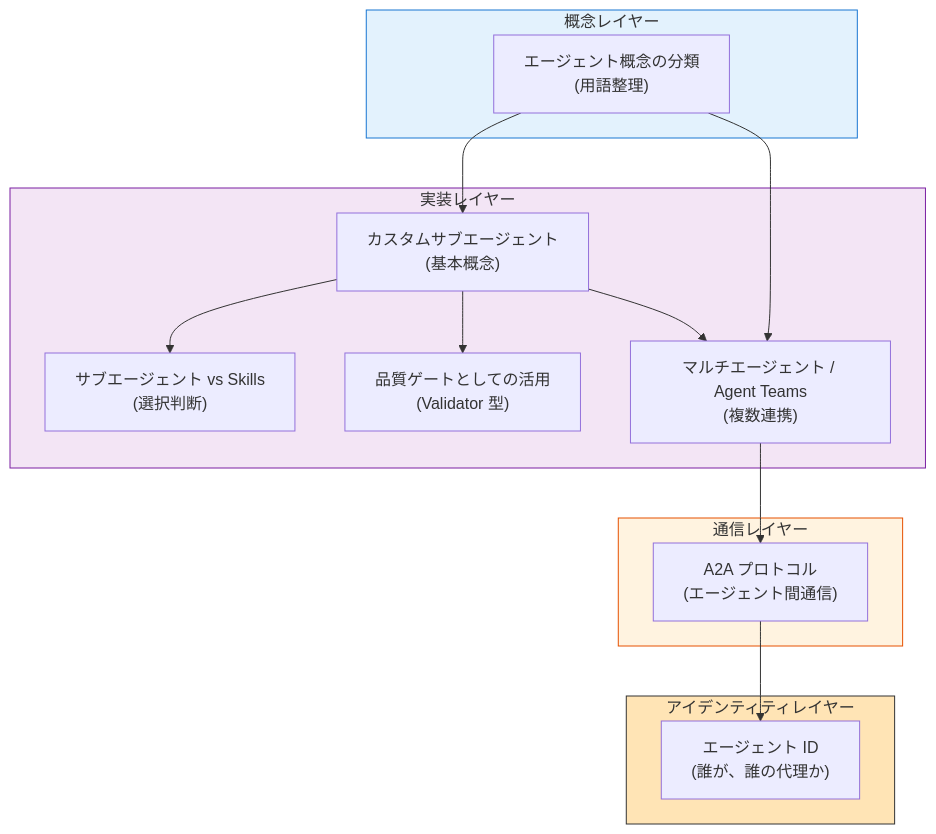
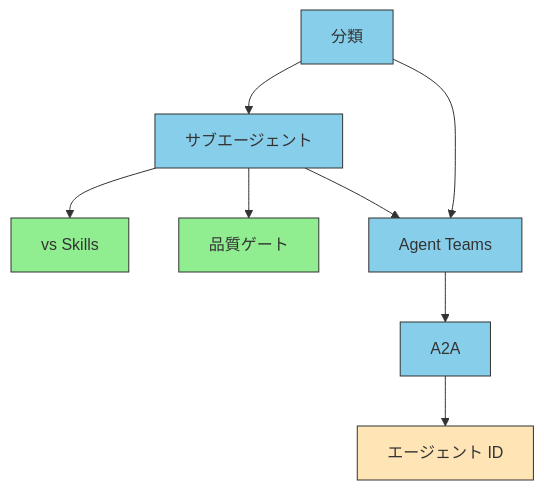
Before and after one commit to shuji-bonji/ai-agent-architecture: the diagram in docs/ja/agents/index.md, drawn with Mermaid. The commit also changed other lines of this file and 31 other files, not shown here.

````diff
--- a/docs/ja/agents/index.md
+++ b/docs/ja/agents/index.md
@@ -14,31 +40,26 @@
 ```mermaid
 flowchart TB
-    subgraph CONCEPT["概念レイヤー"]
-        TAX["エージェント概念の分類<br/>(用語整理)"]
-    end
-    subgraph IMPL["実装レイヤー"]
-        SUB["カスタムサブエージェント<br/>(基本概念)"]
-        VS["サブエージェント vs Skills<br/>(選択判断)"]
-        QG["品質ゲートとしての活用<br/>(Validator 型)"]
-        TEAM["マルチエージェント / Agent Teams<br/>(複数連携)"]
-    end
-    subgraph COMM["通信レイヤー"]
-        A2A["A2A プロトコル<br/>(エージェント間通信)"]
-    end
-    subgraph IDENT["アイデンティティレイヤー"]
-        ID["エージェント ID<br/>(誰が、誰の代理か)"]
-    end
+    TAX["分類"]
+    SUB["サブエージェント"]
+    VS["vs Skills"]
+    QG["品質ゲート"]
+    TEAM["Agent Teams"]
+    A2A["A2A"]
+    ID["エージェント ID"]
 
     TAX --> SUB
     TAX --> TEAM
     SUB --> VS
     SUB --> QG
     SUB --> TEAM
     TEAM --> A2A
     A2A --> ID
 
-    style CONCEPT fill:#e3f2fd,stroke:#1976d2,color:#333
-    style IMPL fill:#f3e5f5,stroke:#7b1fa2,color:#333
-    style COMM fill:#fff3e0,stroke:#e65100,color:#333
-    style IDENT fill:#FFE4B5,color:#333,stroke:#333
+    style TAX fill:#87CEEB,color:#333,stroke:#333
+    style SUB fill:#87CEEB,color:#333,stroke:#333
+    style TEAM fill:#87CEEB,color:#333,stroke:#333
+    style A2A fill:#87CEEB,color:#333,stroke:#333
+    style ID fill:#FFE4B5,color:#333,stroke:#333
+    style VS fill:#90EE90,color:#333,stroke:#333
+    style QG fill:#90EE90,color:#333,stroke:#333
 ```
````
